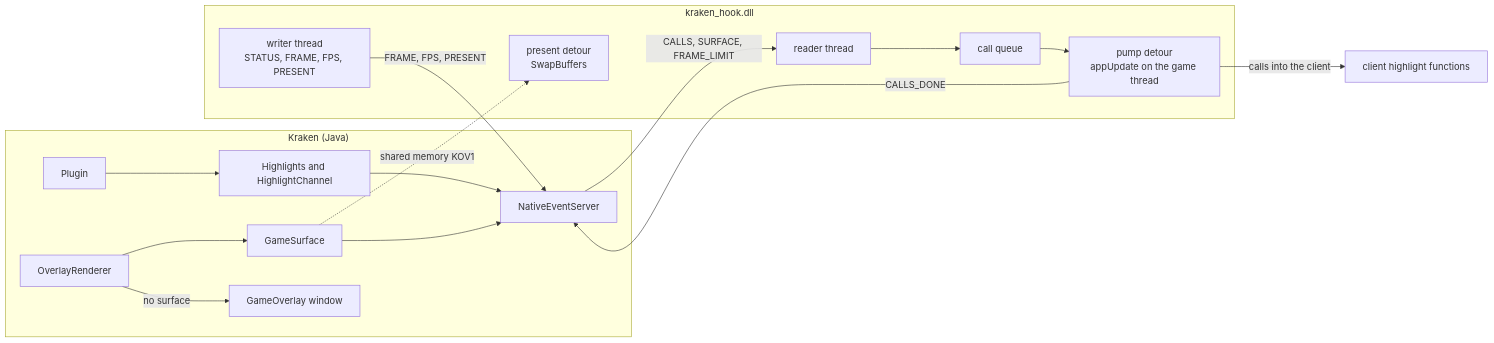
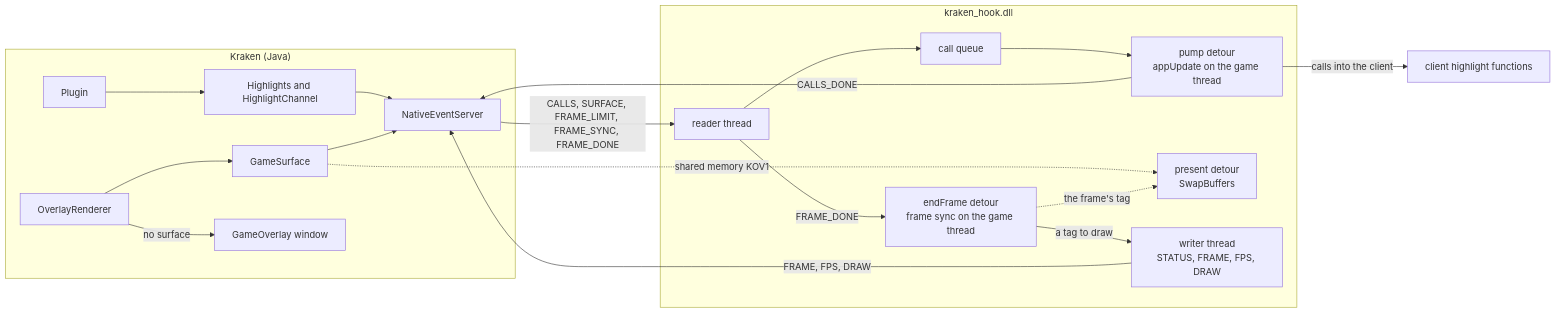
The first of 8 diagrams in docs/developer/in-game-drawing.md (Kraken-Plugins/kraken-native), drawn with Mermaid before and after one commit. The commit also changed other lines of this file and 29 other files, not shown here.

Commit message:
fix(overlay): sync overlays with game frames

````diff
--- a/docs/developer/in-game-drawing.md
+++ b/docs/developer/in-game-drawing.md
@@ -10,21 +10,25 @@
 ```mermaid
 flowchart LR
     subgraph Kraken["Kraken (Java)"]
         plugin["Plugin"] --> hl["Highlights and HighlightChannel"]
         hl --> srv["NativeEventServer"]
         renderer["OverlayRenderer"] --> surface["GameSurface"]
         renderer -->|"no surface"| window["GameOverlay window"]
         surface --> srv
     end
     subgraph DLL["kraken_hook.dll"]
         reader["reader thread"] --> queue["call queue"]
         queue --> pump["pump detour<br/>appUpdate on the game thread"]
         present["present detour<br/>SwapBuffers"]
-        writer["writer thread<br/>STATUS, FRAME, FPS, PRESENT"]
+        endframe["endFrame detour<br/>frame sync on the game thread"]
+        writer["writer thread<br/>STATUS, FRAME, FPS, DRAW"]
     end
-    srv -->|"CALLS, SURFACE, FRAME_LIMIT"| reader
+    srv -->|"CALLS, SURFACE, FRAME_LIMIT, FRAME_SYNC, FRAME_DONE"| reader
     pump -->|"calls into the client"| game["client highlight functions"]
     pump -->|"CALLS_DONE"| srv
     surface -.->|"shared memory KOV1"| present
-    writer -->|"FRAME, FPS, PRESENT"| srv
+    writer -->|"FRAME, FPS, DRAW"| srv
+    endframe -->|"a tag to draw"| writer
+    reader -->|"FRAME_DONE"| endframe
+    endframe -.->|"the frame's tag"| present
 ```
````
